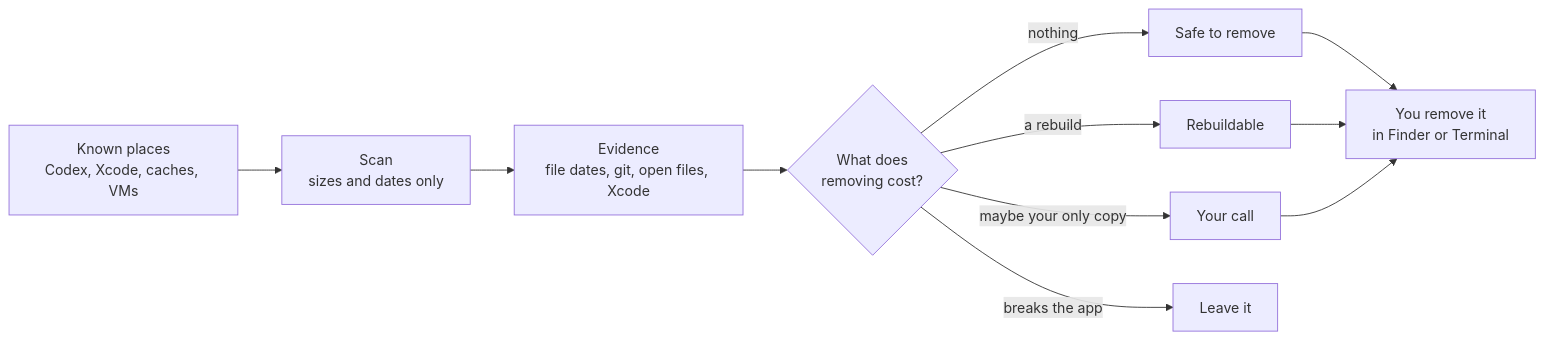
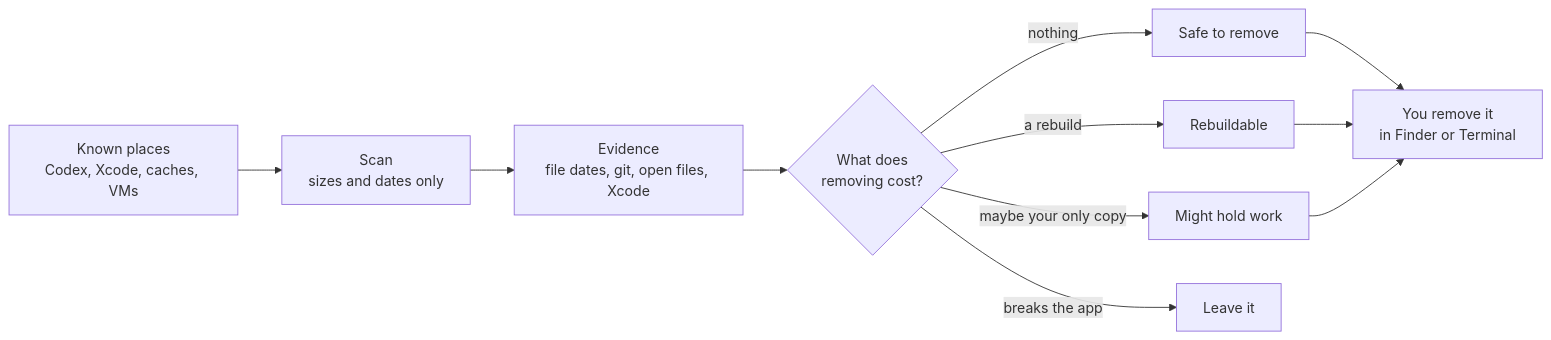
Before and after one commit to chrissotraidis/contextcleaner: the diagram in README.md, drawn with Mermaid. The commit also changed other lines of this file and 11 other files, not shown here.

````diff
--- a/README.md
+++ b/README.md
@@ -115,11 +125,11 @@
 ```mermaid
 flowchart LR
     A["Known places<br/>Codex, Xcode, caches, VMs"] --> B["Scan<br/>sizes and dates only"]
     B --> C["Evidence<br/>file dates, git, open files, Xcode"]
     C --> D{"What does<br/>removing cost?"}
     D -->|nothing| E["Safe to remove"]
     D -->|a rebuild| F["Rebuildable"]
-    D -->|maybe your only copy| G["Your call"]
+    D -->|maybe your only copy| G["Might hold work"]
     D -->|breaks the app| H["Leave it"]
     E & F & G --> I["You remove it<br/>in Finder or Terminal"]
 ```
````
